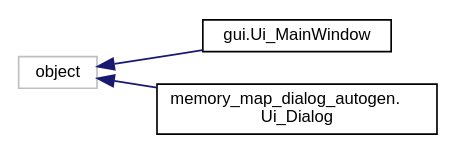
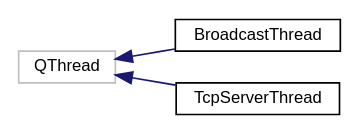
Before and after one commit to UTDCloudPlug/utdcloudplug.github.io: the diagram in inherit_graph_0.dot, drawn with Graphviz. The commit also changed 275 other files, not shown here.

```diff
--- a/inherit_graph_0.dot
+++ b/inherit_graph_0.dot
@@ -1,12 +1,12 @@
 digraph "Graphical Class Hierarchy"
 {
  // LATEX_PDF_SIZE
   edge [fontname="Helvetica",fontsize="10",labelfontname="Helvetica",labelfontsize="10"];
   node [fontname="Helvetica",fontsize="10",shape=record];
   rankdir="LR";
-  Node3 [label="object",height=0.2,width=0.4,color="grey75", fillcolor="white", style="filled",tooltip=" "];
-  Node3 -> Node0 [dir="back",color="midnightblue",fontsize="10",style="solid",fontname="Helvetica"];
-  Node0 [label="gui.Ui_MainWindow",height=0.2,width=0.4,color="black", fillcolor="white", style="filled",URL="$classgui_1_1Ui__MainWindow.html",tooltip=" "];
-  Node3 -> Node5 [dir="back",color="midnightblue",fontsize="10",style="solid",fontname="Helvetica"];
-  Node5 [label="memory_map_dialog_autogen.\lUi_Dialog",height=0.2,width=0.4,color="black", fillcolor="white", style="filled",URL="$classmemory__map__dialog__autogen_1_1Ui__Dialog.html",tooltip=" "];
+  Node16 [label="QThread",height=0.2,width=0.4,color="grey75", fillcolor="white", style="filled",tooltip=" "];
+  Node16 -> Node0 [dir="back",color="midnightblue",fontsize="10",style="solid",fontname="Helvetica"];
+  Node0 [label="BroadcastThread",height=0.2,width=0.4,color="black", fillcolor="white", style="filled",URL="$classnetwork__threads_1_1BroadcastThread.html",tooltip=" "];
+  Node16 -> Node18 [dir="back",color="midnightblue",fontsize="10",style="solid",fontname="Helvetica"];
+  Node18 [label="TcpServerThread",height=0.2,width=0.4,color="black", fillcolor="white", style="filled",URL="$classnetwork__threads_1_1TcpServerThread.html",tooltip=" "];
 }
```
